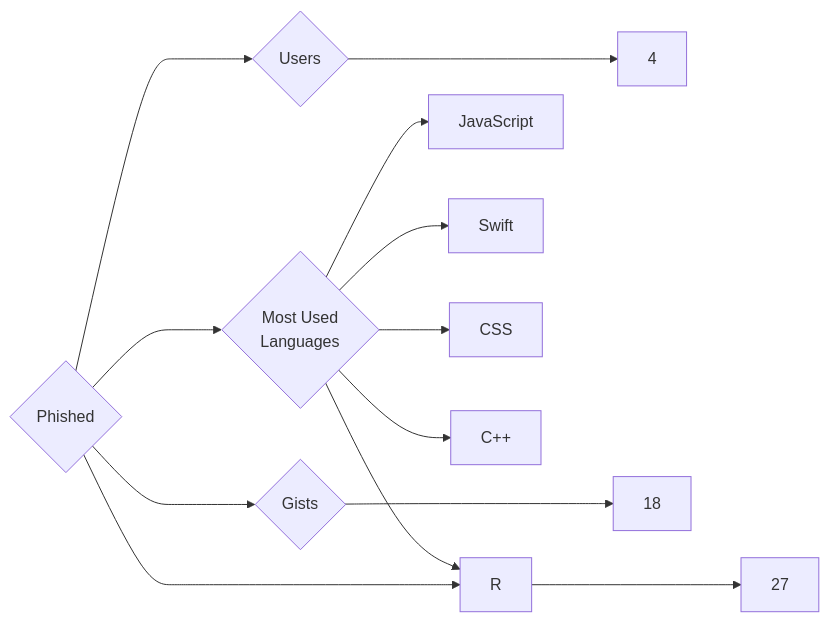
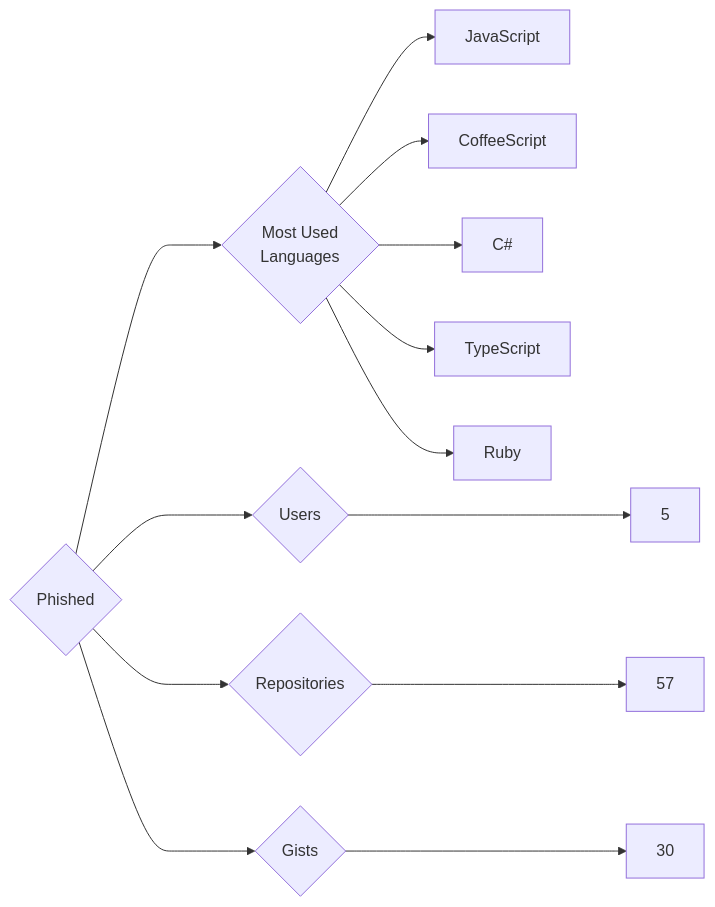
The diagram in targets/Phished/README.md (trickest/insiders), drawn with Mermaid before and after one commit. The commit also changed 829 other files, not shown here.

````diff
--- a/targets/Phished/README.md
+++ b/targets/Phished/README.md
@@ -3,13 +3,13 @@
 ```mermaid
 graph LR
 COMPANY_NAME{Phished}
-COMPANY_NAME ---> U{Users} ---> UN[4]
-COMPANY_NAME ---> R{Repositories} ---> RN[27]
-COMPANY_NAME ---> G{Gists} ---> GN[18]
+COMPANY_NAME ---> U{Users} ---> UN[5]
+COMPANY_NAME ---> R{Repositories} ---> RN[57]
+COMPANY_NAME ---> G{Gists} ---> GN[30]
 COMPANY_NAME ---> ML{Most Used<br>Languages}
 ML --> JavaScript[JavaScript]
-ML --> R[R]
-ML --> Swift[Swift]
-ML --> CSS[CSS]
-ML --> C++[C++]
+ML --> CoffeeScript[CoffeeScript]
+ML --> C#[C#]
+ML --> TypeScript[TypeScript]
+ML --> Ruby[Ruby]
 ```
````
